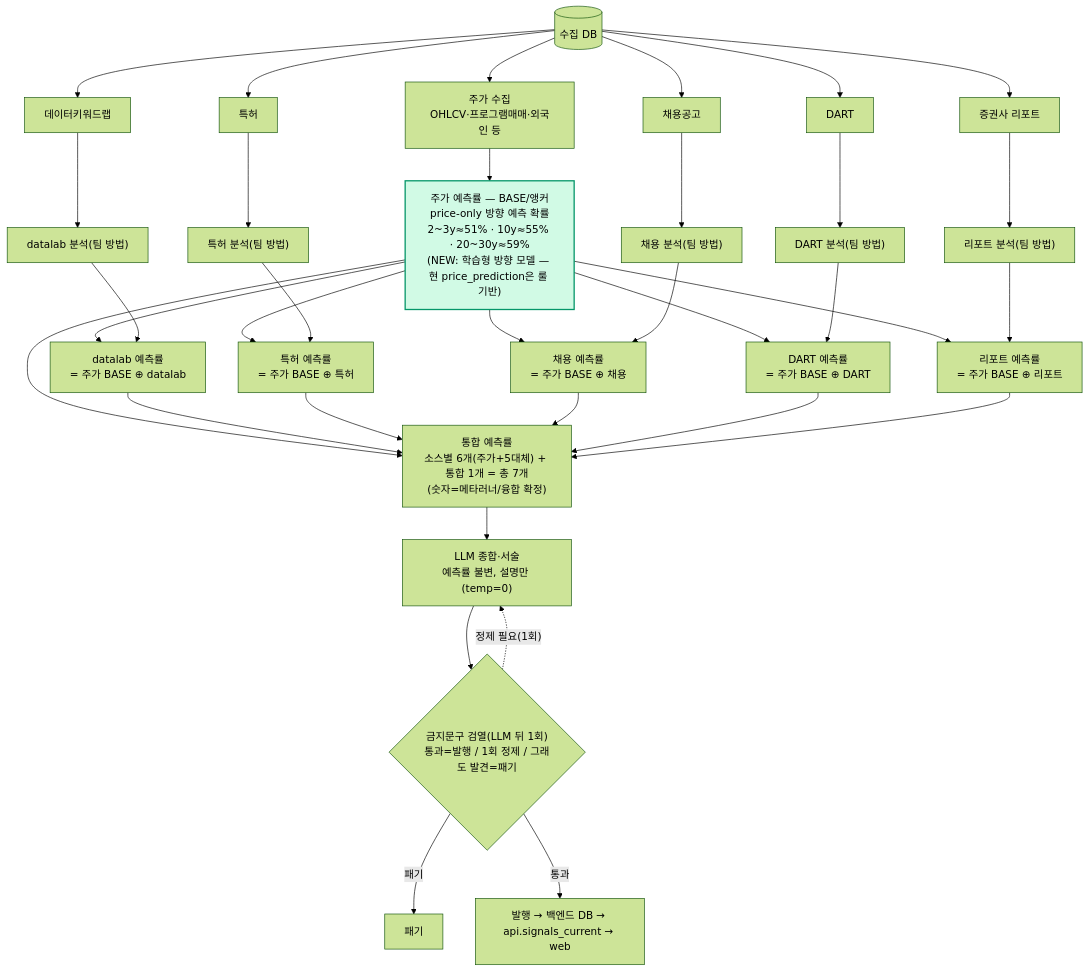
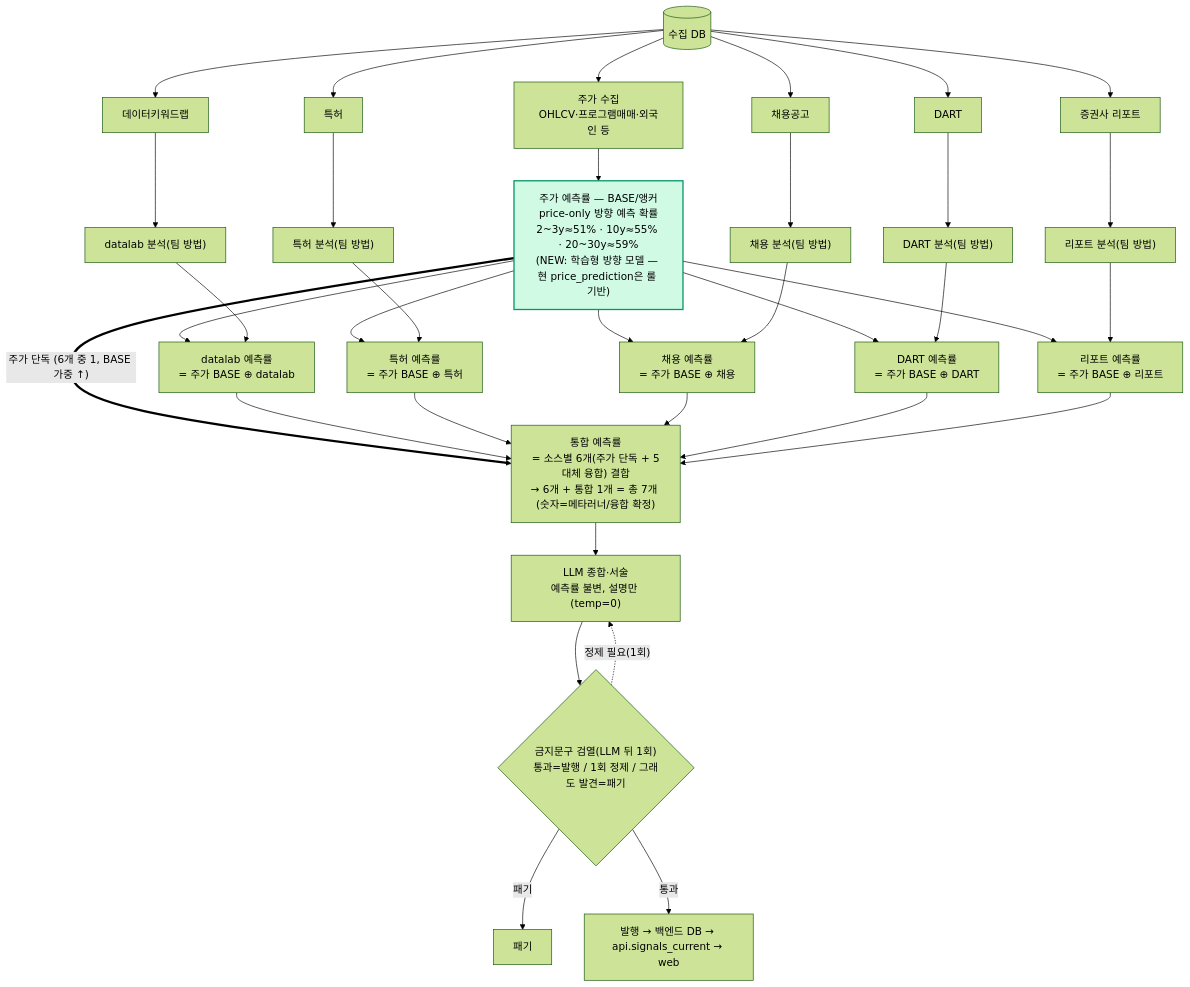
Before and after one commit to AIX14-3/signal-alpha: the third of 3 diagrams in docs/spec/worker-pipeline-detailed.md, drawn with Mermaid (forest theme). The commit also changed other lines of this file, not shown here.

Commit message:
docs(spec): 설계도 C — 주가 예측률→통합 직접연결 명시(굵은 선+라벨)
주가 단독이 통합 예측률의 6개 구성요소 중 하나이므로 prate→integ 직접 연결을
굵은 라벨 선으로 강조하고, 핵심 원칙에 통합 구성(주가 BASE 가중) 설명 추가.

````diff
--- a/docs/spec/worker-pipeline-detailed.md
+++ b/docs/spec/worker-pipeline-detailed.md
@@ -156,44 +156,44 @@
 ```mermaid
 flowchart TB
   Q[("수집 DB")] --> price["주가 수집<br/>OHLCV·프로그램매매·외국인 등"]
   Q --> dl["데이터키워드랩"]
   Q --> pt["특허"]
   Q --> hr["채용공고"]
   Q --> dt["DART"]
   Q --> rp["증권사 리포트"]
 
   price --> prate["주가 예측률 — BASE/앵커<br/>price-only 방향 예측 확률<br/>2~3y≈51% · 10y≈55% · 20~30y≈59%<br/>(NEW: 학습형 방향 모델 — 현 price_prediction은 룰 기반)"]:::base
 
   dl --> dla["datalab 분석(팀 방법)"]
   pt --> pta["특허 분석(팀 방법)"]
   hr --> hra["채용 분석(팀 방법)"]
   dt --> dta["DART 분석(팀 방법)"]
   rp --> rpa["리포트 분석(팀 방법)"]
 
   prate --> f1
   prate --> f2
   prate --> f3
   prate --> f4
   prate --> f5
   dla --> f1["datalab 예측률<br/>= 주가 BASE ⊕ datalab"]
   pta --> f2["특허 예측률<br/>= 주가 BASE ⊕ 특허"]
   hra --> f3["채용 예측률<br/>= 주가 BASE ⊕ 채용"]
   dta --> f4["DART 예측률<br/>= 주가 BASE ⊕ DART"]
   rpa --> f5["리포트 예측률<br/>= 주가 BASE ⊕ 리포트"]
 
-  prate --> integ
+  prate == "주가 단독 (6개 중 1, BASE 가중 ↑)" ==> integ
   f1 --> integ
   f2 --> integ
   f3 --> integ
   f4 --> integ
   f5 --> integ
-  integ["통합 예측률<br/>소스별 6개(주가+5대체) + 통합 1개 = 총 7개<br/>(숫자=메타러너/융합 확정)"]
+  integ["통합 예측률<br/>= 소스별 6개(주가 단독 + 5대체 융합) 결합<br/>→ 6개 + 통합 1개 = 총 7개 (숫자=메타러너/융합 확정)"]
 
   integ --> llm["LLM 종합·서술<br/>예측률 불변, 설명만 (temp=0)"]
   llm --> veto{"금지문구 검열(LLM 뒤 1회)<br/>통과=발행 / 1회 정제 / 그래도 발견=패기"}
   veto -. "정제 필요(1회)" .-> llm
   veto -- "패기" --> drop["패기"]
   veto -- "통과" --> pub["발행 → 백엔드 DB → api.signals_current → web"]
 
   classDef base fill:#d1fae5,stroke:#059669,stroke-width:2px;
 ```
````
